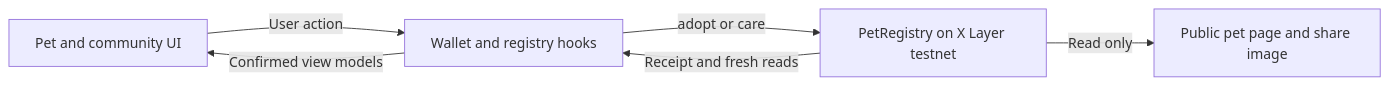
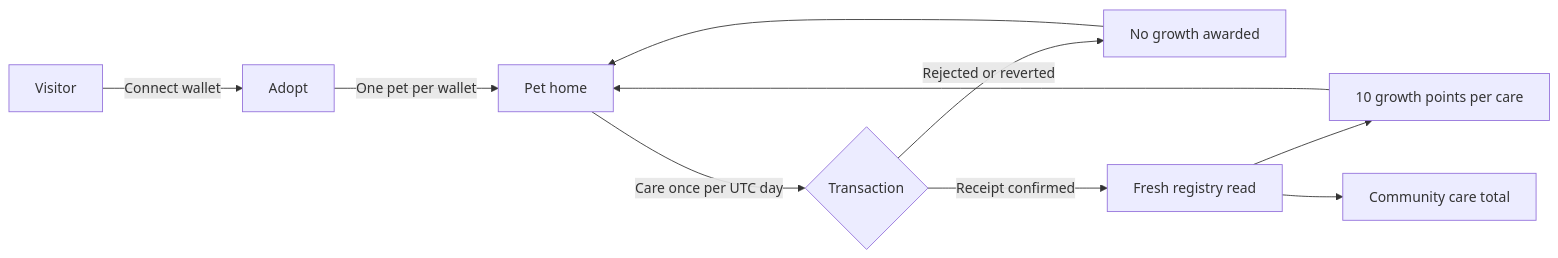
The diagram in README.md (Chi944/memepet), drawn with Mermaid before and after one commit. The commit also changed other lines of this file and 2 other files, not shown here.

````diff
--- a/README.md
+++ b/README.md
@@ -61,8 +133,12 @@
 ```mermaid
 flowchart LR
-    A[Pet and community UI] -->|User action| B[Wallet and registry hooks]
-    B -->|adopt or care| C[PetRegistry on X Layer testnet]
-    C -->|Receipt and fresh reads| B
-    B -->|Confirmed view models| A
-    C -->|Read only| D[Public pet page and share image]
+    A[Visitor] -->|Connect wallet| B[Adopt]
+    B -->|One pet per wallet| C[Pet home]
+    C -->|Care once per UTC day| D{Transaction}
+    D -->|Rejected or reverted| E[No growth awarded]
+    D -->|Receipt confirmed| F[Fresh registry read]
+    F --> G[10 growth points per care]
+    F --> H[Community care total]
+    E --> C
+    G --> C
 ```
````
